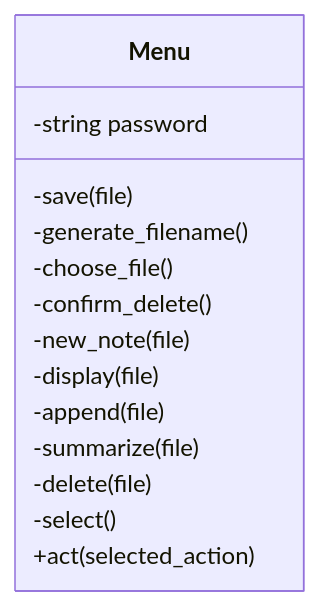
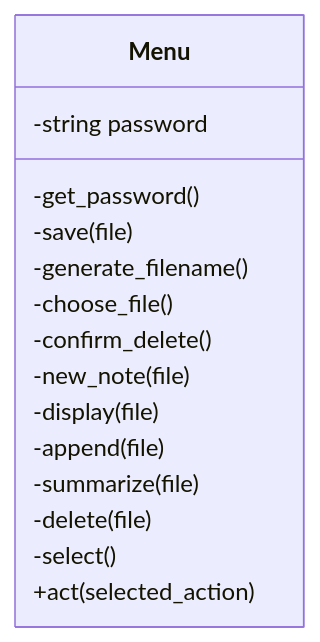
One commit to t-drape/SE300_Secure_Notes_App changed the diagram in LLD_Diagrams/Menu Class Diagram.md. Above: the diagram before and after it, drawn with Mermaid.

Commit message:
Add get_password method to Menu class diagram

````diff
--- a/LLD_Diagrams/Menu Class Diagram.md
+++ b/LLD_Diagrams/Menu Class Diagram.md
@@ -1,17 +1,18 @@
 ```mermaid
 classDiagram
     class Menu {
         -string password
+        -get_password()
         -save(file)
         -generate_filename()
         -choose_file()
         -confirm_delete()
         -new_note(file)
         -display(file)
         -append(file)
         -summarize(file)
         -delete(file)
         -select()
         +act(selected_action)
     }
 ```
````
